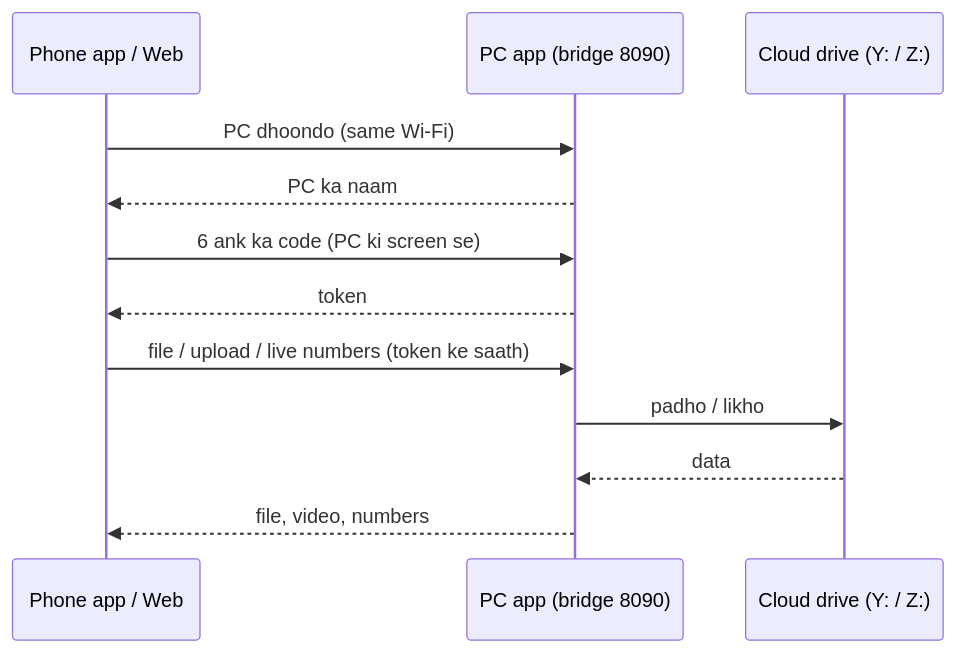
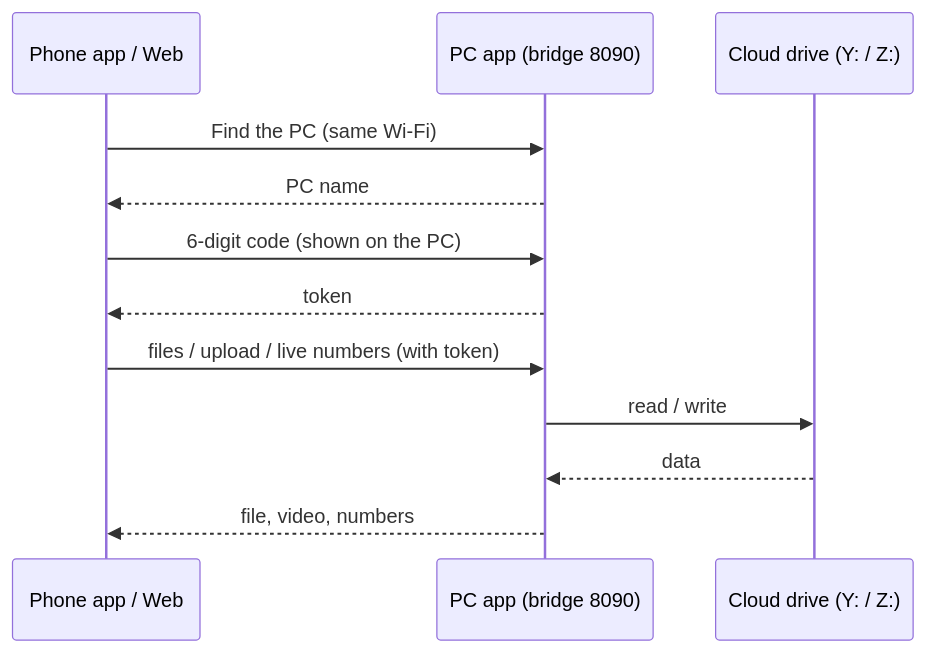
Before and after one commit to allproject121/Cloud-Drive: the second of 3 diagrams in README.md, drawn with Mermaid. The commit also changed other lines of this file and 1 other file, not shown here.

````diff
--- a/README.md
+++ b/README.md
@@ -135,14 +147,14 @@
 ```mermaid
 sequenceDiagram
     participant P as Phone app / Web
     participant B as PC app (bridge 8090)
     participant D as Cloud drive (Y: / Z:)
-    P->>B: PC dhoondo (same Wi-Fi)
-    B-->>P: PC ka naam
-    P->>B: 6 ank ka code (PC ki screen se)
+    P->>B: Find the PC (same Wi-Fi)
+    B-->>P: PC name
+    P->>B: 6-digit code (shown on the PC)
     B-->>P: token
-    P->>B: file / upload / live numbers (token ke saath)
-    B->>D: padho / likho
+    P->>B: files / upload / live numbers (with token)
+    B->>D: read / write
     D-->>B: data
     B-->>P: file, video, numbers
 ```
````
